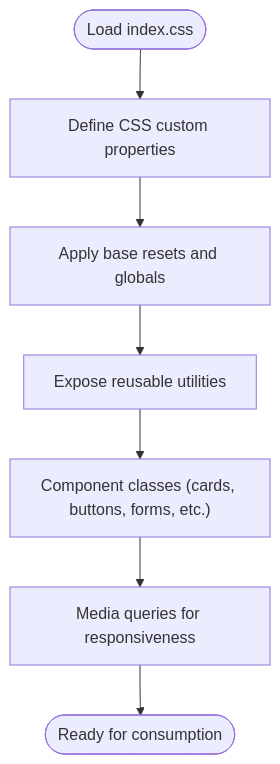
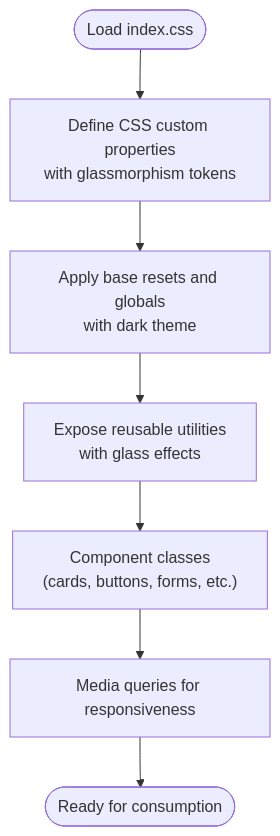
One commit to ishwarambare/ishwarambare-app changed the third of 11 diagrams in .qoder/repowiki/en/content/Frontend Architecture/Styling Architecture.md. Above: the diagram before and after it, drawn with Mermaid. The commit also changed other lines of this file and 10 other files, not shown here.

````diff
--- a/.qoder/repowiki/en/content/Frontend Architecture/Styling Architecture.md
+++ b/.qoder/repowiki/en/content/Frontend Architecture/Styling Architecture.md
@@ -170,9 +208,9 @@
 ```mermaid
 flowchart TD
-Start(["Load index.css"]) --> Tokens["Define CSS custom properties"]
-Tokens --> Base["Apply base resets and globals"]
-Base --> Utils["Expose reusable utilities"]
-Utils --> Components["Component classes (cards, buttons, forms, etc.)"]
+Start(["Load index.css"]) --> Tokens["Define CSS custom properties<br/>with glassmorphism tokens"]
+Tokens --> Base["Apply base resets and globals<br/>with dark theme"]
+Base --> Utils["Expose reusable utilities<br/>with glass effects"]
+Utils --> Components["Component classes<br/>(cards, buttons, forms, etc.)"]
 Components --> Responsive["Media queries for responsiveness"]
 Responsive --> End(["Ready for consumption"])
 ```
````
